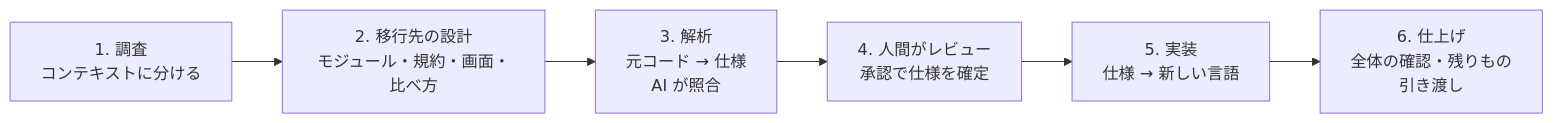
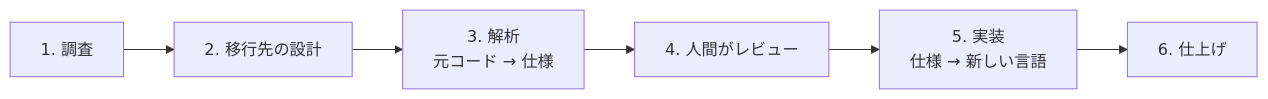
Before and after one commit to umauma00/spec-relay: the diagram in README.md, drawn with Mermaid. The commit also changed other lines of this file and 8 other files, not shown here.

````diff
--- a/README.md
+++ b/README.md
@@ -9,4 +9,4 @@
 ```mermaid
 flowchart LR
-  S[1. 調査<br/>コンテキストに分ける] --> D[2. 移行先の設計<br/>モジュール・規約・画面・比べ方] --> A[3. 解析<br/>元コード → 仕様<br/>AI が照合] --> B[4. 人間がレビュー<br/>承認で仕様を確定] --> C[5. 実装<br/>仕様 → 新しい言語] --> F[6. 仕上げ<br/>全体の確認・残りもの<br/>引き渡し]
+  S[1. 調査] --> D[2. 移行先の設計] --> A[3. 解析<br/>元コード → 仕様] --> B[4. 人間がレビュー] --> C[5. 実装<br/>仕様 → 新しい言語] --> F[6. 仕上げ]
 ```
````
